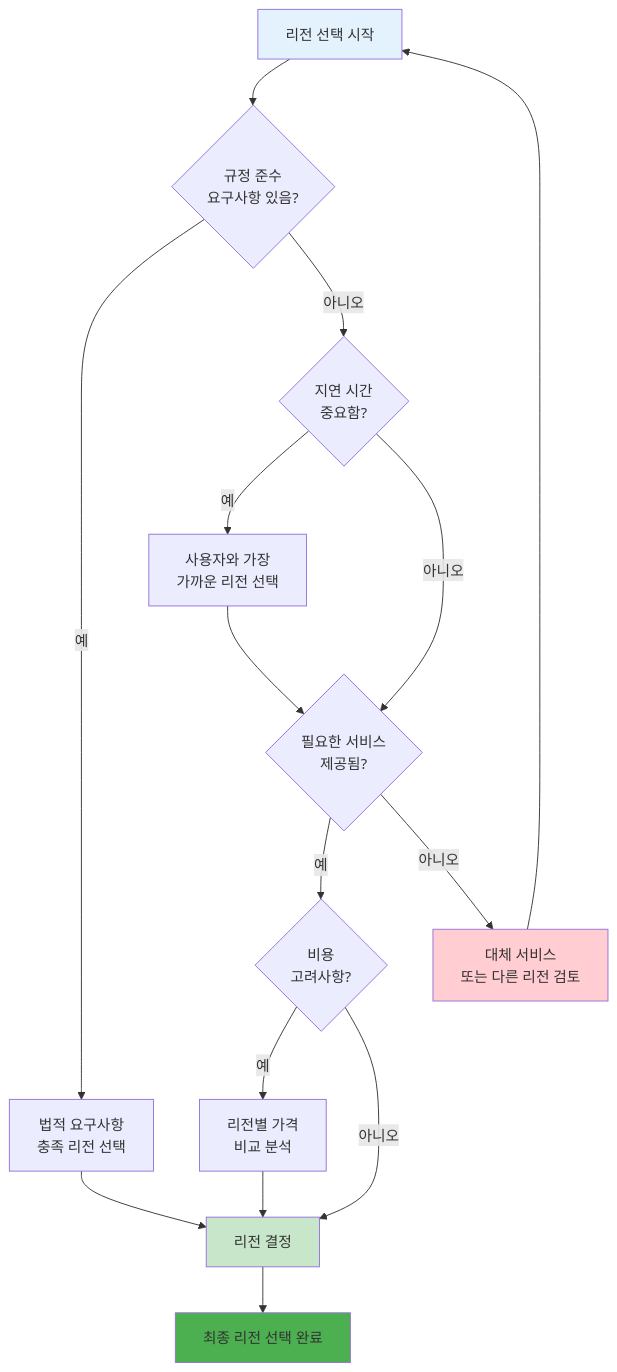
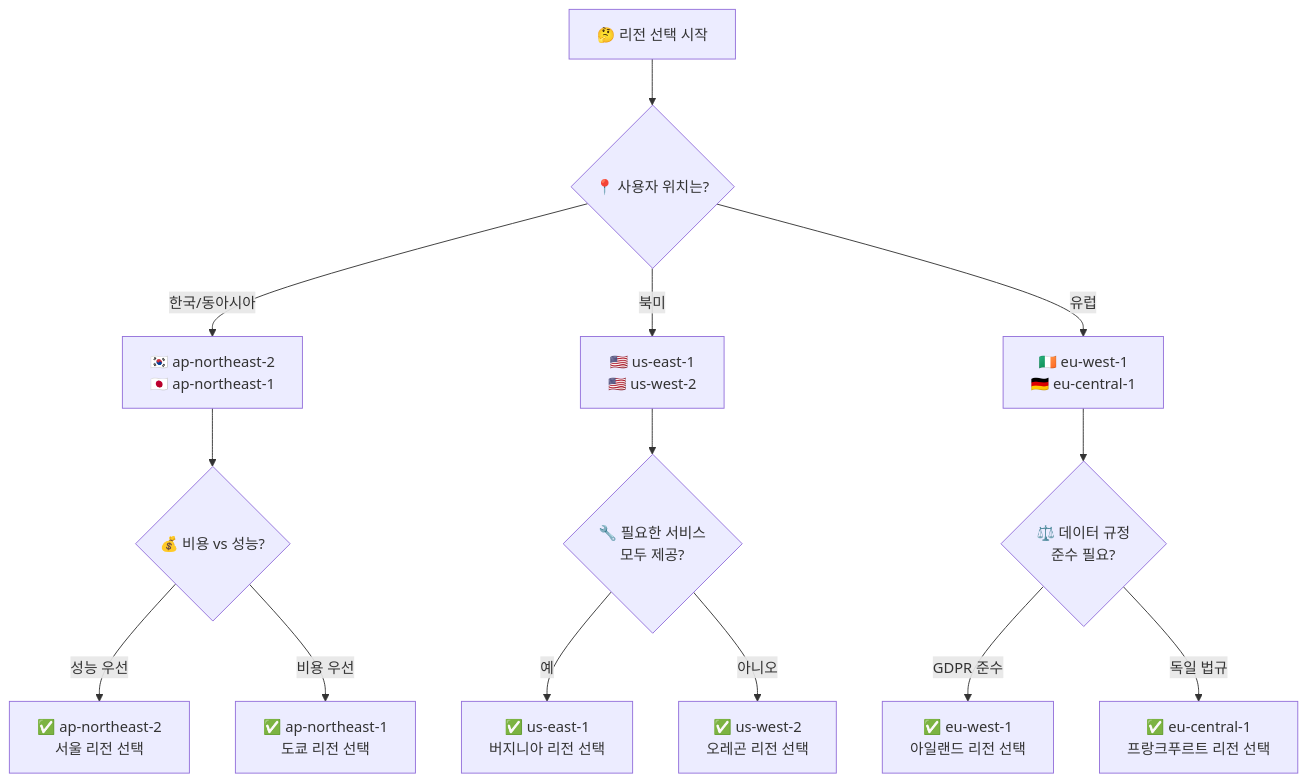
The seventh of 10 diagrams in aws-saa-study-materials/week1/day1/visuals/aws-global-infrastructure.md (niceguy61/lecture_maker), drawn with Mermaid before and after one commit. The commit also changed other lines of this file and 58 other files, not shown here.

````diff
--- a/aws-saa-study-materials/week1/day1/visuals/aws-global-infrastructure.md
+++ b/aws-saa-study-materials/week1/day1/visuals/aws-global-infrastructure.md
@@ -276,28 +184,21 @@
 ```mermaid
-flowchart TD
-    START[리전 선택 시작] --> COMPLIANCE{규정 준수<br/>요구사항 있음?}
+graph TD
+    START["🤔 리전 선택 시작"] --> Q1{"📍 사용자 위치는?"}
     
-    COMPLIANCE -->|예| LEGAL[법적 요구사항<br/>충족 리전 선택]
-    COMPLIANCE -->|아니오| LATENCY{지연 시간<br/>중요함?}
+    Q1 -->|한국/동아시아| ASIA["🇰🇷 ap-northeast-2<br/>🇯🇵 ap-northeast-1"]
+    Q1 -->|북미| NA["🇺🇸 us-east-1<br/>🇺🇸 us-west-2"]
+    Q1 -->|유럽| EU["🇮🇪 eu-west-1<br/>🇩🇪 eu-central-1"]
     
-    LATENCY -->|예| PROXIMITY[사용자와 가장<br/>가까운 리전 선택]
-    LATENCY -->|아니오| SERVICE{필요한 서비스<br/>제공됨?}
+    ASIA --> Q2{"💰 비용 vs 성능?"}
+    NA --> Q3{"🔧 필요한 서비스<br/>모두 제공?"}
+    EU --> Q4{"⚖️ 데이터 규정<br/>준수 필요?"}
     
-    SERVICE -->|예| COST{비용<br/>고려사항?}
-    SERVICE -->|아니오| ALTERNATIVE[대체 서비스<br/>또는 다른 리전 검토]
+    Q2 -->|성능 우선| SEOUL["✅ ap-northeast-2<br/>서울 리전 선택"]
+    Q2 -->|비용 우선| TOKYO["✅ ap-northeast-1<br/>도쿄 리전 선택"]
     
-    COST -->|예| COMPARE[리전별 가격<br/>비교 분석]
-    COST -->|아니오| DECISION[리전 결정]
+    Q3 -->|예| VIRGINIA["✅ us-east-1<br/>버지니아 리전 선택"]
+    Q3 -->|아니오| OREGON["✅ us-west-2<br/>오레곤 리전 선택"]
     
-    LEGAL --> DECISION
-    PROXIMITY --> SERVICE
-    COMPARE --> DECISION
-    ALTERNATIVE --> START
-    
-    DECISION --> FINAL[최종 리전 선택 완료]
-    
-    style START fill:#e3f2fd
-    style DECISION fill:#c8e6c9
-    style FINAL fill:#4caf50
-    style ALTERNATIVE fill:#ffcdd2
+    Q4 -->|GDPR 준수| IRELAND["✅ eu-west-1<br/>아일랜드 리전 선택"]
+    Q4 -->|독일 법규| FRANKFURT["✅ eu-central-1<br/>프랑크푸르트 리전 선택"]
 ```
````
